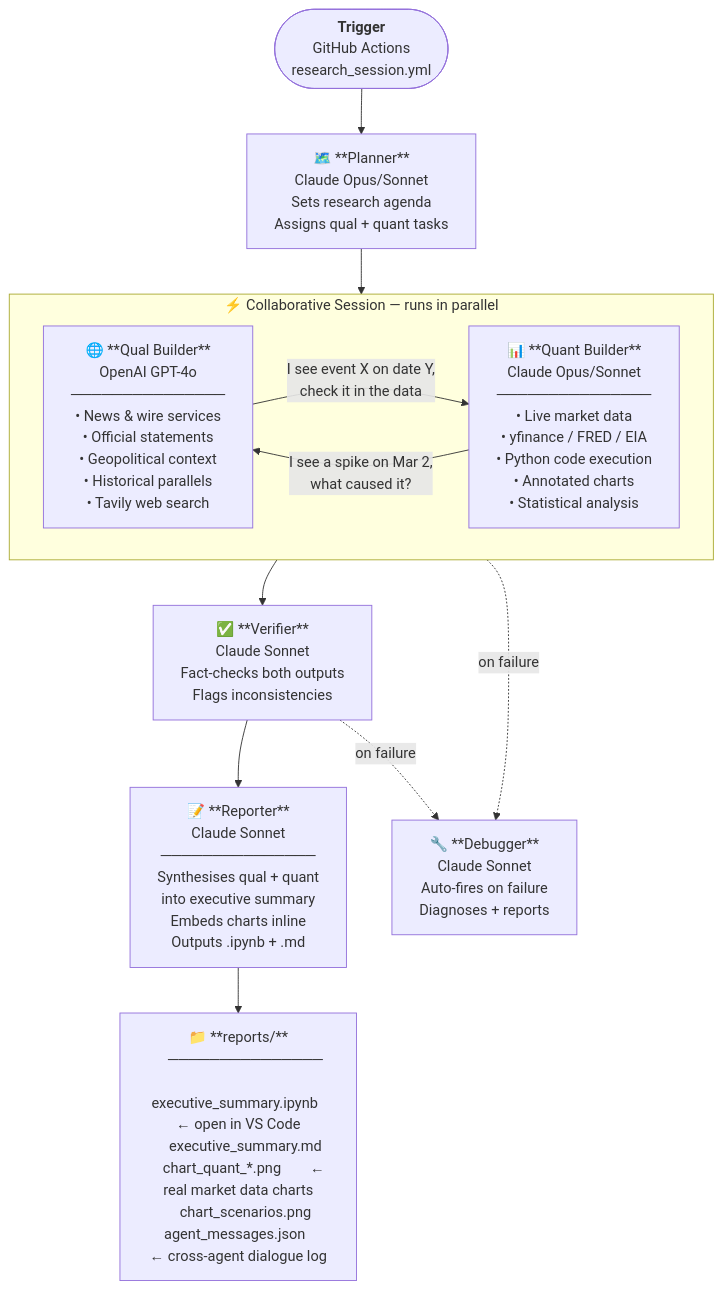
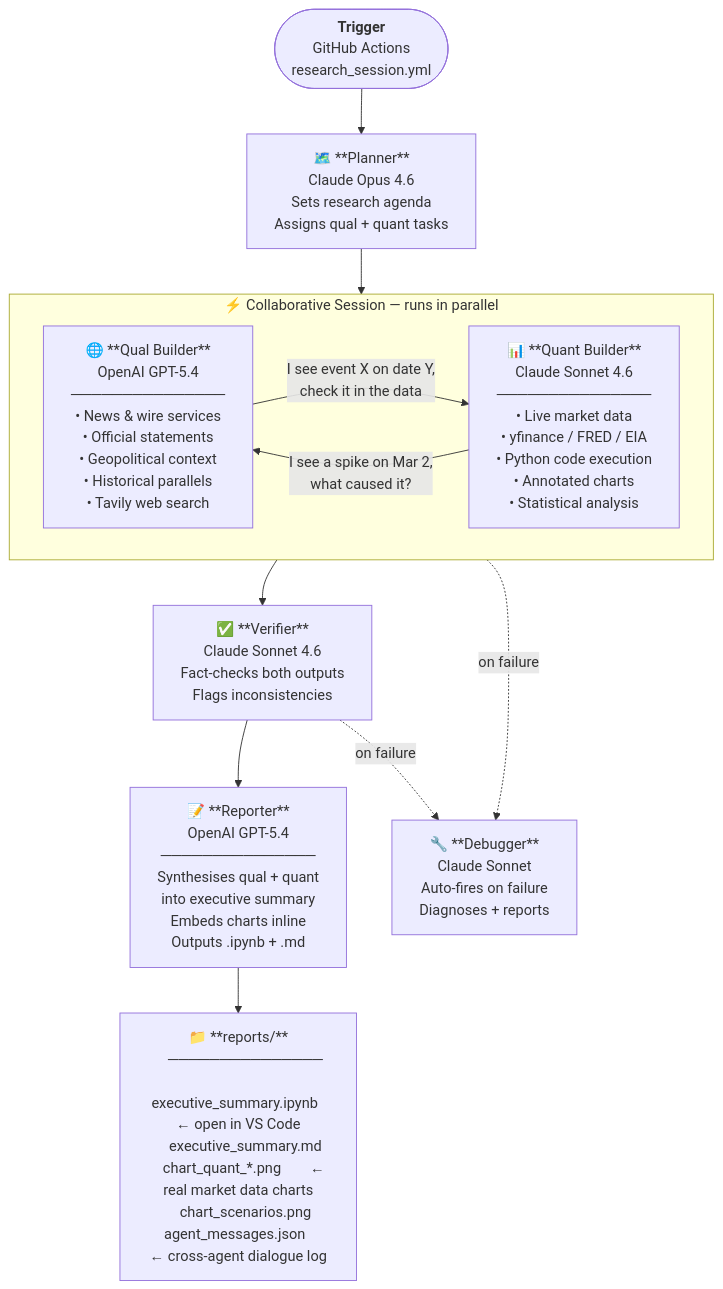
Before and after one commit to baileymcintosh/agents: the diagram in ARCHITECTURE.md, drawn with Mermaid.

Commit message:
docs: update architecture diagram with correct model names (gpt-5.4, opus 4.6, sonnet 4.6)

````diff
--- a/ARCHITECTURE.md
+++ b/ARCHITECTURE.md
@@ -5,75 +5,75 @@
 ```mermaid
 flowchart TD
     Trigger(["`**Trigger**
     GitHub Actions
     research_session.yml`"]) --> Planner
 
     Planner["🗺️ **Planner**
-    Claude Opus/Sonnet
+    Claude Opus 4.6
     Sets research agenda
     Assigns qual + quant tasks"]
 
     Planner --> Session
 
     subgraph Session ["⚡ Collaborative Session — runs in parallel"]
         direction LR
 
         Qual["🌐 **Qual Builder**
-        OpenAI GPT-4o
+        OpenAI GPT-5.4
         ───────────────
         • News & wire services
         • Official statements
         • Geopolitical context
         • Historical parallels
         • Tavily web search"]
 
         Quant["📊 **Quant Builder**
-        Claude Opus/Sonnet
+        Claude Sonnet 4.6
         ───────────────
         • Live market data
         • yfinance / FRED / EIA
         • Python code execution
         • Annotated charts
         • Statistical analysis"]
 
         Qual -- "I see event X on date Y,
         check it in the data" --> Quant
         Quant -- "I see a spike on Mar 2,
         what caused it?" --> Qual
     end
 
     Session --> Verifier
 
     Verifier["✅ **Verifier**
-    Claude Sonnet
+    Claude Sonnet 4.6
     Fact-checks both outputs
     Flags inconsistencies"]
 
     Verifier --> Reporter
 
     Reporter["📝 **Reporter**
-    Claude Sonnet
+    OpenAI GPT-5.4
     ───────────────
     Synthesises qual + quant
     into executive summary
     Embeds charts inline
     Outputs .ipynb + .md"]
 
     Reporter --> Output
 
     Output["📁 **reports/**
     ───────────────
     executive_summary.ipynb  ← open in VS Code
     executive_summary.md
     chart_quant_*.png        ← real market data charts
     chart_scenarios.png
     agent_messages.json      ← cross-agent dialogue log"]
 
     Debugger["🔧 **Debugger**
     Claude Sonnet
     Auto-fires on failure
     Diagnoses + reports"]
 
     Session -.->|on failure| Debugger
     Verifier -.->|on failure| Debugger
 ```
````
